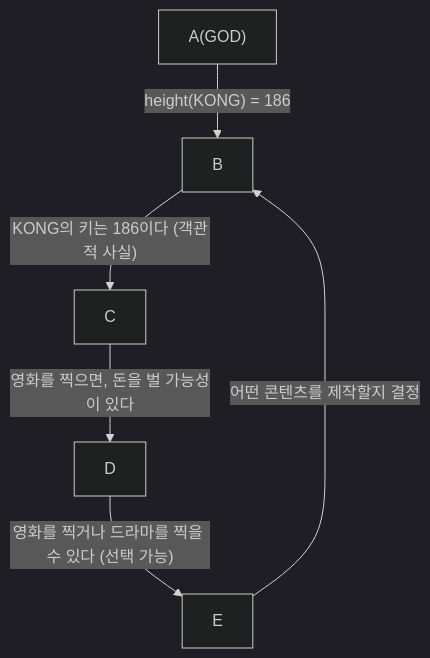
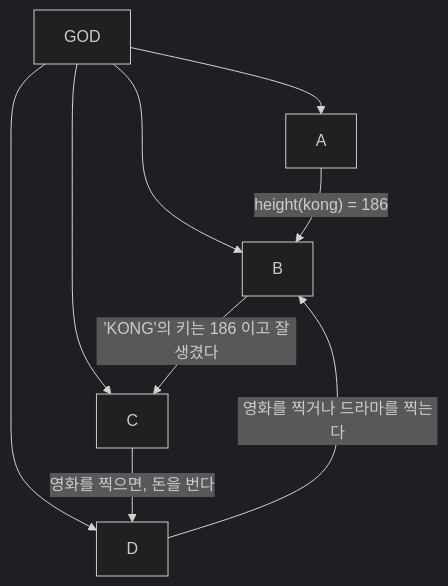
One commit to umyunsang/Obsidian changed the third of 3 diagrams in Obsidian/ComputerScience/수리논리학/논리학 개론.md. Above: the diagram before and after it, drawn with Mermaid (dark theme). The commit also changed other lines of this file, not shown here.

Commit message:
vault backup: 2025-03-27 15:40.

````diff
--- a/Obsidian/ComputerScience/수리논리학/논리학 개론.md
+++ b/Obsidian/ComputerScience/수리논리학/논리학 개론.md
@@ -120,8 +119,11 @@
 ```mermaid
 graph TD;
-    A["A(GOD)"] -->|"height(KONG) = 186"| B["B"]
-    B -->|"KONG의 키는 186이다 (객관적 사실)"| C["C"]
-    C -->|"영화를 찍으면, 돈을 벌 가능성이 있다"| D["D"]
-    D -->|"영화를 찍거나 드라마를 찍을 수 있다 (선택 가능)"| E["E"]
-    E -->|"어떤 콘텐츠를 제작할지 결정"| B
+	G["GOD"] --> A
+	G --> B
+	G --> C
+	G --> D
+    A["A"] -->|"height(kong) = 186"| B["B"]
+    B -->|"'KONG'의 키는 186 이고 잘생겼다"| C["C"]
+    C -->|"영화를 찍으면, 돈을 번다"| D["D"]
+    D -->|"영화를 찍거나 드라마를 찍는다"| B
 ```
````
